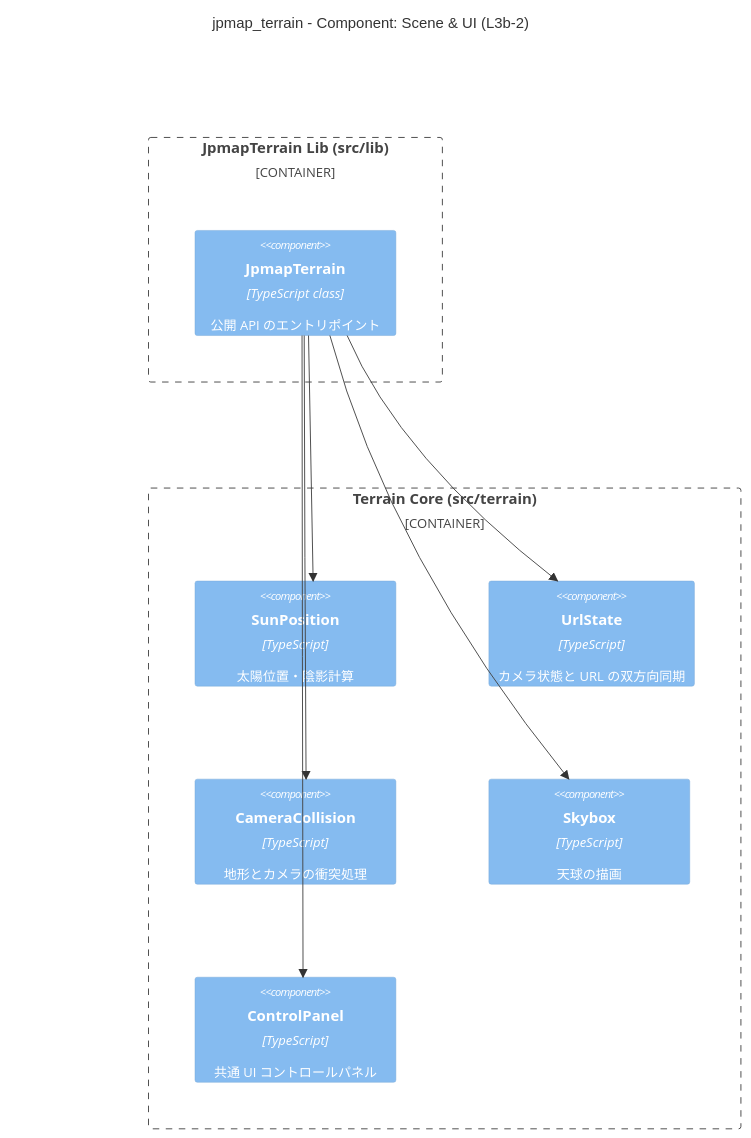
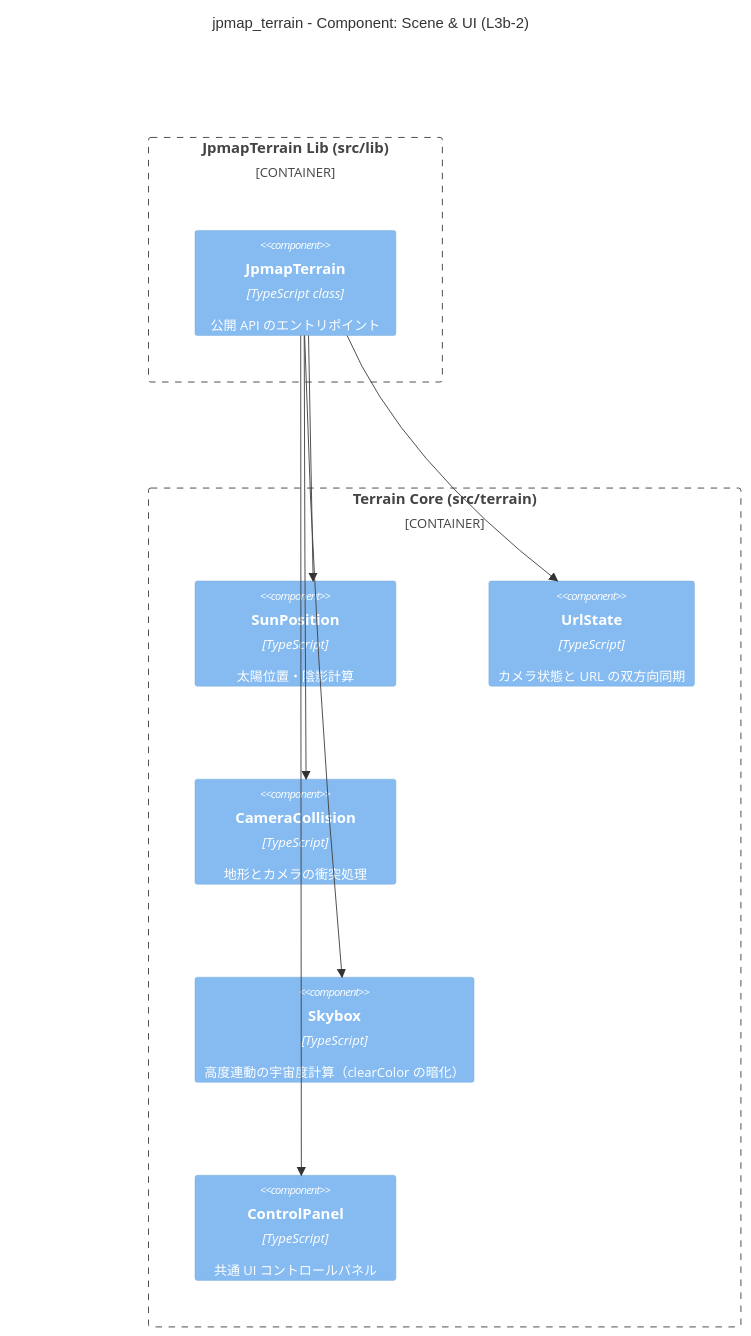
Before and after one commit to 8ga3/jpmap_terrain: the fifth of 6 diagrams in spec/architecture.md, drawn with Mermaid. The commit also changed 8 other files, not shown here.

````diff
--- a/spec/architecture.md
+++ b/spec/architecture.md
@@ -135,23 +135,23 @@
 ```mermaid
 C4Component
   title jpmap_terrain - Component: Scene & UI (L3b-2)
   UpdateLayoutConfig($c4ShapeInRow="3", $c4BoundaryInRow="1")
 
   Container_Boundary(lib_b, "JpmapTerrain Lib (src/lib)") {
     Component(jpmapTerrain, "JpmapTerrain", "TypeScript class", "公開 API のエントリポイント")
   }
 
   Container_Boundary(terrain_b, "Terrain Core (src/terrain)") {
     Component(sunPosition,    "SunPosition",    "TypeScript", "太陽位置・陰影計算")
     Component(urlState,       "UrlState",       "TypeScript", "カメラ状態と URL の双方向同期")
     Component(cameraCollision,"CameraCollision","TypeScript", "地形とカメラの衝突処理")
-    Component(skybox,         "Skybox",         "TypeScript", "天球の描画")
+    Component(skybox,         "Skybox",         "TypeScript", "高度連動の宇宙度計算（clearColor の暗化）")
     Component(controlPanel,   "ControlPanel",   "TypeScript", "共通 UI コントロールパネル")
   }
 
   Rel_D(jpmapTerrain, sunPosition,    "")
   Rel_D(jpmapTerrain, urlState,       "")
   Rel_D(jpmapTerrain, cameraCollision,"")
   Rel_D(jpmapTerrain, skybox,         "")
   Rel_D(jpmapTerrain, controlPanel,   "")
 ```
````
